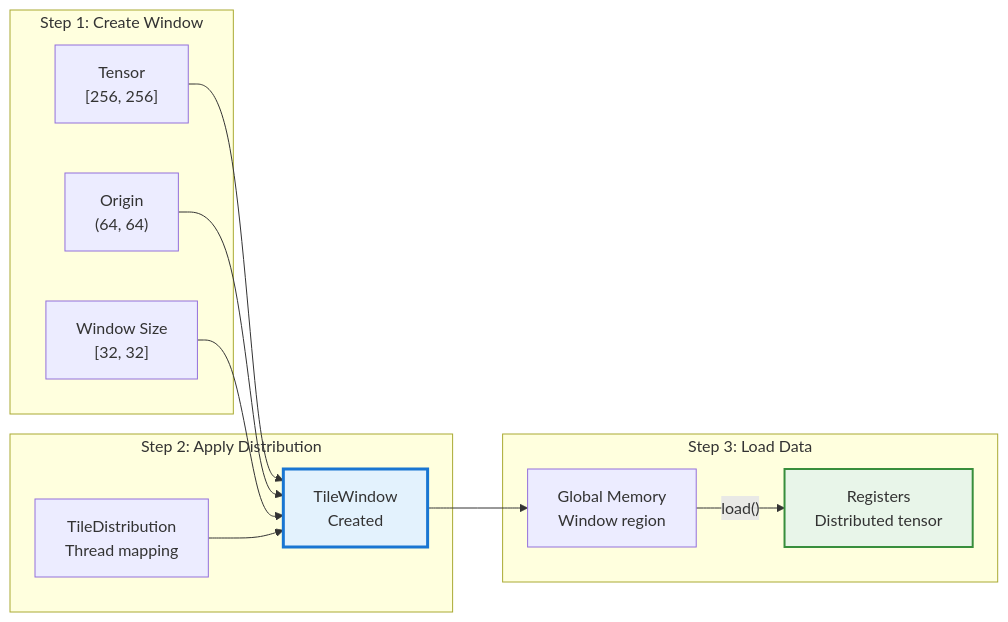
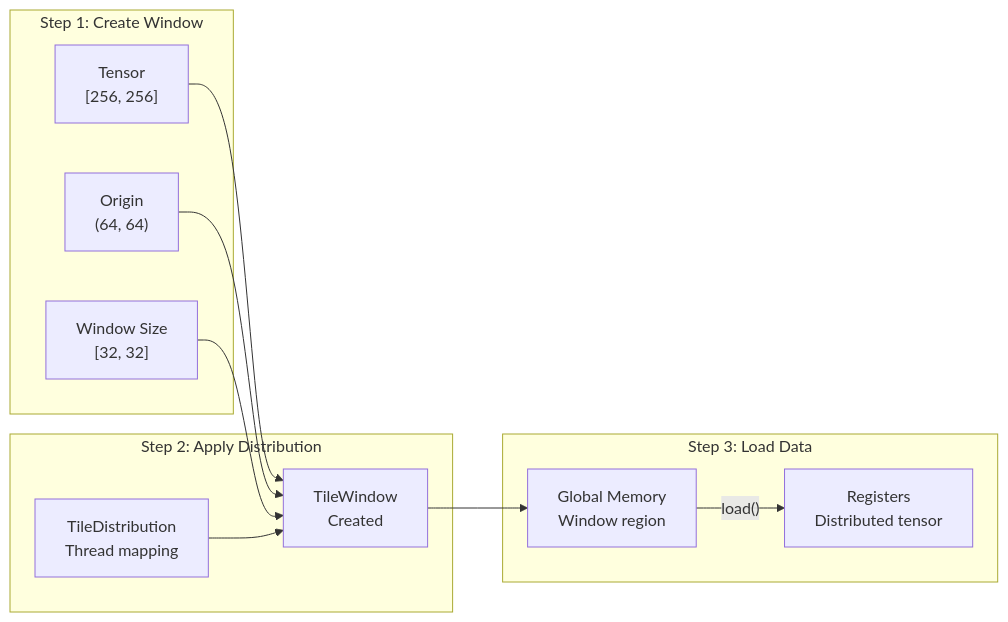
Before and after one commit to hdt98/rocm-libraries: the third of 5 diagrams in projects/composablekernel/docs/conceptual/ck_tile/tile_window.rst, drawn with Mermaid. The commit also changed other lines of this file and 21 other files, not shown here.

First line of the commit message:
[ck] Updated CK Tile documentation to use mermaid diagrams (#7955)

```diff
--- a/projects/composablekernel/docs/conceptual/ck_tile/tile_window.rst
+++ b/projects/composablekernel/docs/conceptual/ck_tile/tile_window.rst
@@ -243,29 +215,26 @@
-   .. mermaid::
-   
-      flowchart LR
-          subgraph "Step 1: Create Window"
-              T["Tensor<br/>[256, 256]"]
-              O["Origin<br/>(64, 64)"]
-              W["Window Size<br/>[32, 32]"]
-          end
-          
-          subgraph "Step 2: Apply Distribution"
-              TD["TileDistribution<br/>Thread mapping"]
-              TW["TileWindow<br/>Created"]
-          end
-          
-          subgraph "Step 3: Load Data"
-              GM["Global Memory<br/>Window region"]
-              REG["Registers<br/>Distributed tensor"]
-          end
-          
-          T --> TW
-          O --> TW
-          W --> TW
-          TD --> TW
-          
-          TW --> GM
-          GM -->|"load()"| REG
-          
-          style TW fill:#e3f2fd,stroke:#1976d2,stroke-width:3px
-          style REG fill:#e8f5e9,stroke:#388e3c,stroke-width:2px
+.. mermaid::
+
+   flowchart LR
+       subgraph "Step 1: Create Window"
+           T["Tensor<br/>[256, 256]"]
+           O["Origin<br/>(64, 64)"]
+           W["Window Size<br/>[32, 32]"]
+       end
+
+       subgraph "Step 2: Apply Distribution"
+           TD["TileDistribution<br/>Thread mapping"]
+           TW["TileWindow<br/>Created"]
+       end
+
+       subgraph "Step 3: Load Data"
+           GM["Global Memory<br/>Window region"]
+           REG["Registers<br/>Distributed tensor"]
+       end
+
+       T --> TW
+       O --> TW
+       W --> TW
+       TD --> TW
+
+       TW --> GM
+       GM -->|"load()"| REG
```
